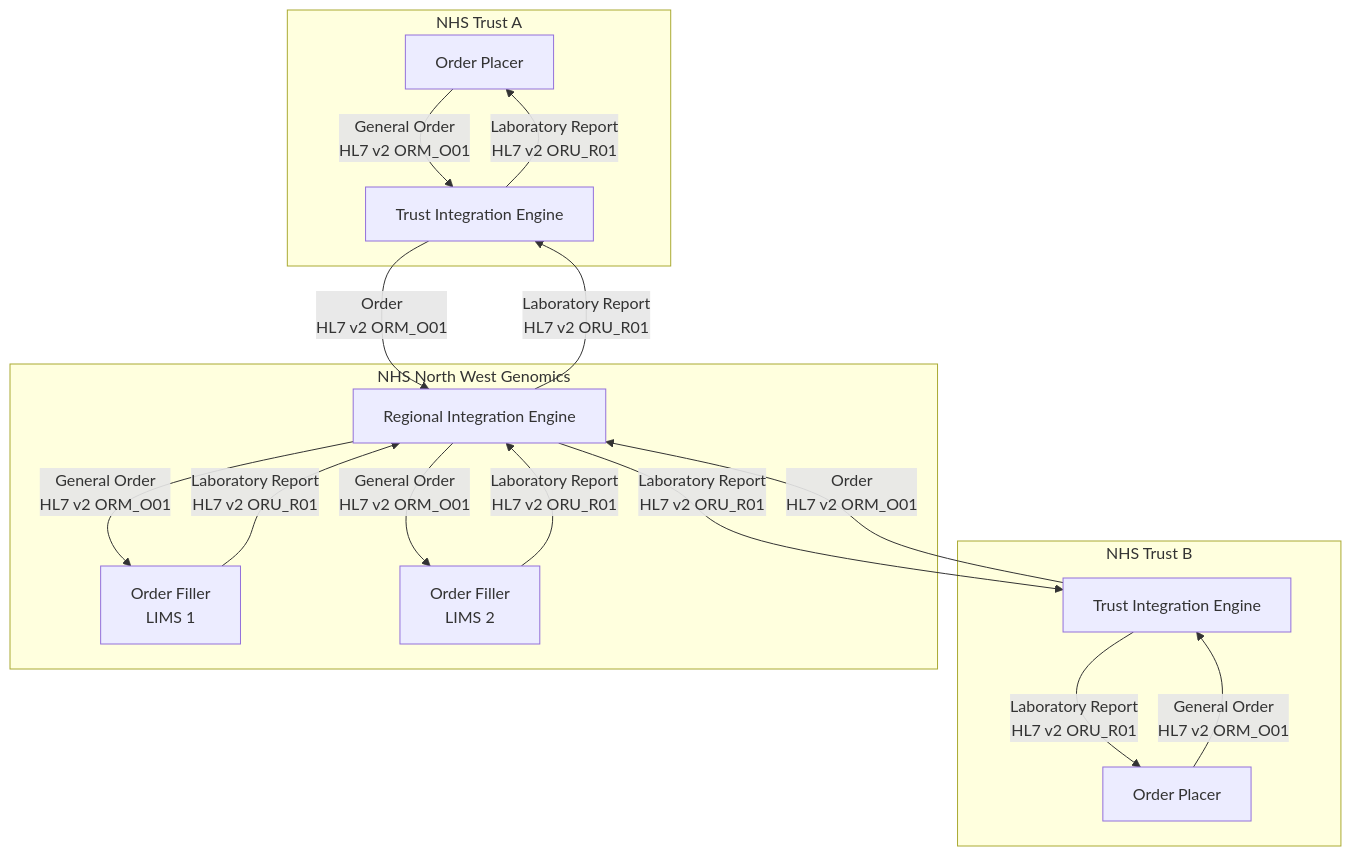
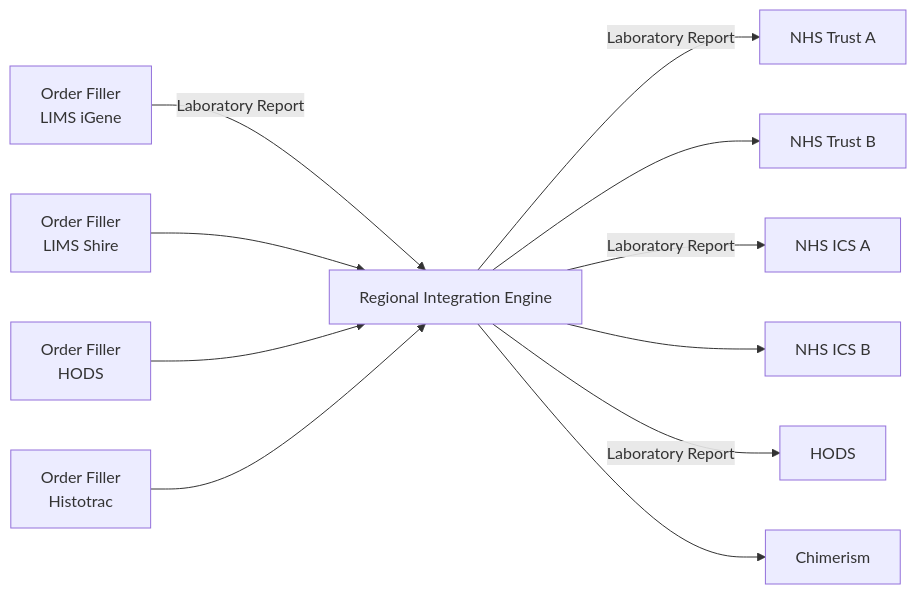
Before and after one commit to uk-gov-mirror/nw-gmsa.nw-gmsa.github.com: the fourth of 4 diagrams in input/pagecontent/index.md, drawn with Mermaid. The commit also changed other lines of this file and 2 other files, not shown here.

````diff
--- a/input/pagecontent/index.md
+++ b/input/pagecontent/index.md
@@ -80,24 +82,13 @@
 ```mermaid
-graph TD
-    
-    subgraph NHSA[NHS Trust A]
-        OrderPlacer1[Order Placer] --> |General Order<br/>HL7 v2 ORM_O01| TIE1[Trust Integration Engine]
-        TIE1 --> |Laboratory Report<br/>HL7 v2 ORU_R01| OrderPlacer1  
-    end 
-    subgraph NHSB[NHS Trust B]
-        OrderPlacer2[Order Placer] --> |General Order<br/>HL7 v2 ORM_O01| TIE2[Trust Integration Engine]
-        TIE2 --> |Laboratory Report<br/>HL7 v2 ORU_R01| OrderPlacer2 
-    end 
-
-    subgraph GMSA[NHS North West Genomics]
-        RIE[Regional Integration Engine] --> |General Order<br/>HL7 v2 ORM_O01| OrderFiller1[Order Filler<br/>LIMS 1]
-        OrderFiller1 --> |Laboratory Report<br/>HL7 v2 ORU_R01| RIE   
-        RIE[Regional Integration Engine] --> |General Order<br/>HL7 v2 ORM_O01| OrderFiller2[Order Filler<br/>LIMS 2]
-        OrderFiller2 --> |Laboratory Report<br/>HL7 v2 ORU_R01| RIE          
-    end 
-    
-    TIE1 --> |Order<br/>HL7 v2 ORM_O01| RIE
-    RIE --> |Laboratory Report<br/>HL7 v2 ORU_R01| TIE1 
-    TIE2 --> |Order<br/>HL7 v2 ORM_O01| RIE
-    RIE --> |Laboratory Report<br/>HL7 v2 ORU_R01| TIE2 
+graph LR
+    LIMSA[Order Filler<br>LIMS iGene] --> |Laboratory Report| RIE
+    LIMSB[Order Filler<br>LIMS Shire] --> RIE
+    LIMSC[Order Filler<br>HODS] --> RIE
+    LIMSD[Order Filler<br>Histotrac] --> RIE
+    RIE[Regional Integration Engine] --> |Laboratory Report| NHSA[NHS Trust A]
+    RIE --> NHSB[NHS Trust B] 
+    RIE --> |Laboratory Report| ICSA[NHS ICS A]
+    RIE --> ICSB[NHS ICS B]
+    RIE --> |Laboratory Report| APPA[HODS]
+    RIE --> APPB[Chimerism]
 ```
````
